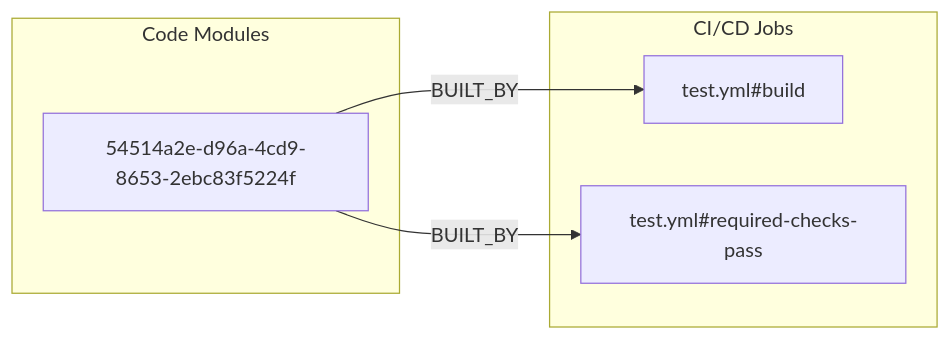
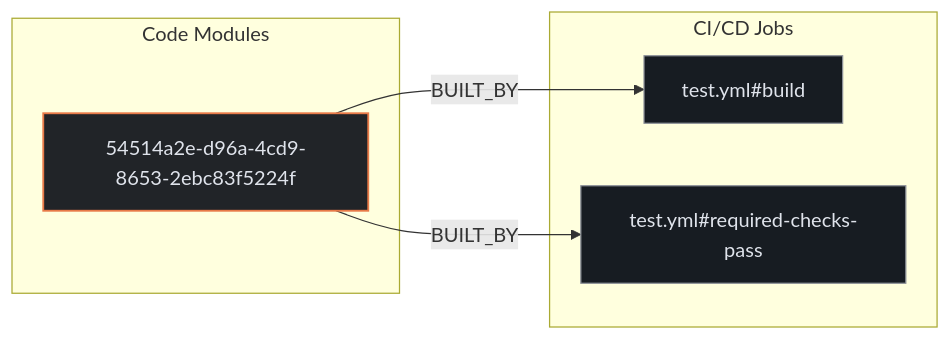
Before and after one commit to kumarshaz/atruss-code-atlas: the second of 3 diagrams in exports/latest/reports/TryGhost-gctools-report.md, drawn with Mermaid. The commit also changed other lines of this file and 331 other files, not shown here.

Commit message:
docs,ui,fix: update SDLC docs, reorder CI/CD DAG first, stylize Mermaid, and fix Arc42 pipeline topology

````diff
--- a/exports/latest/reports/TryGhost-gctools-report.md
+++ b/exports/latest/reports/TryGhost-gctools-report.md
@@ -108,12 +115,16 @@
 ```mermaid
 flowchart LR
+    classDef atlasCategory fill:#212428,stroke:#E87A48,stroke-width:1.5px,color:#dfe3eb
+    classDef atlasWorkflow fill:#1b2026,stroke:#a3c9ff,stroke-width:1.5px,color:#dfe3eb
+    classDef atlasJob fill:#171c22,stroke:#8d9199,stroke-width:1px,color:#dfe3eb
+    classDef atlasTarget fill:#005227,stroke:#8bd99b,stroke-width:1.5px,color:#a7f6b6
     subgraph code_modules["Code Modules"]
-        mod_54514a2e_d96a_4cd9_8653_2ebc83f5224f["54514a2e-d96a-4cd9-8653-2ebc83f5224f"]
+        mod_54514a2e_d96a_4cd9_8653_2ebc83f5224f["54514a2e-d96a-4cd9-8653-2ebc83f5224f"]:::atlasCategory
     end
     subgraph ci_jobs["CI/CD Jobs"]
-        job_test_yml_build["test.yml#build"]
-        job_test_yml_required_checks_pass["test.yml#required-checks-pass"]
+        job_test_yml_build["test.yml#build"]:::atlasJob
+        job_test_yml_required_checks_pass["test.yml#required-checks-pass"]:::atlasJob
     end
     mod_54514a2e_d96a_4cd9_8653_2ebc83f5224f -->|BUILT_BY| job_test_yml_build
     mod_54514a2e_d96a_4cd9_8653_2ebc83f5224f -->|BUILT_BY| job_test_yml_required_checks_pass
 ```
````
